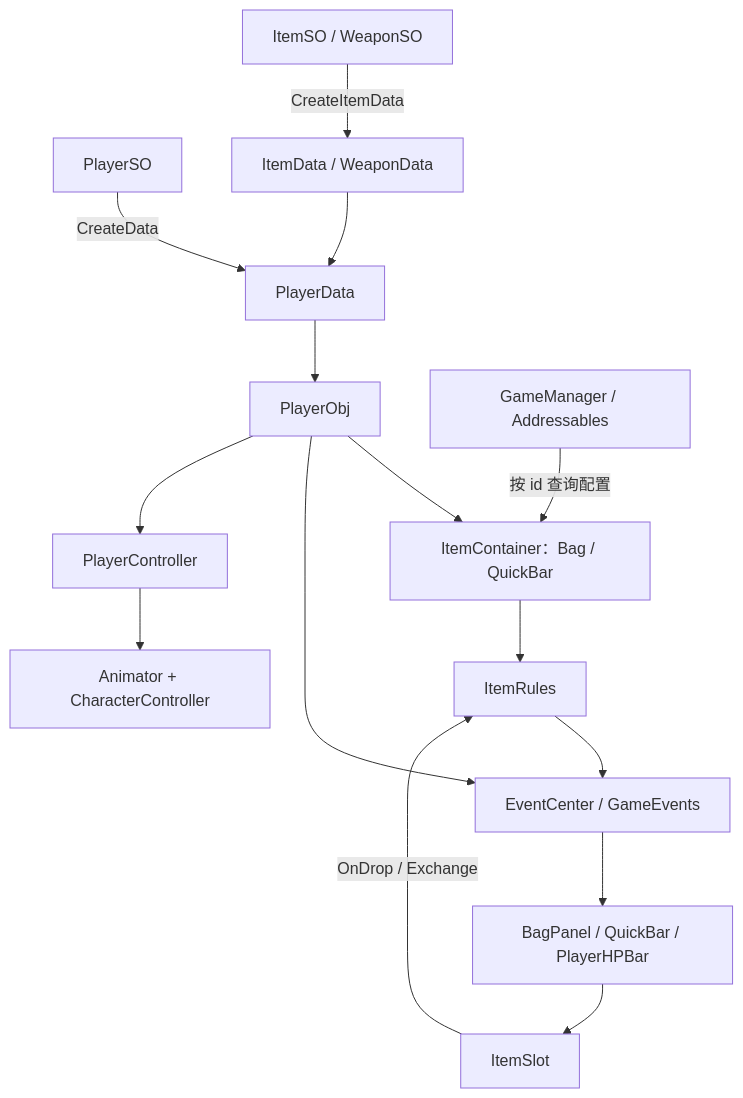
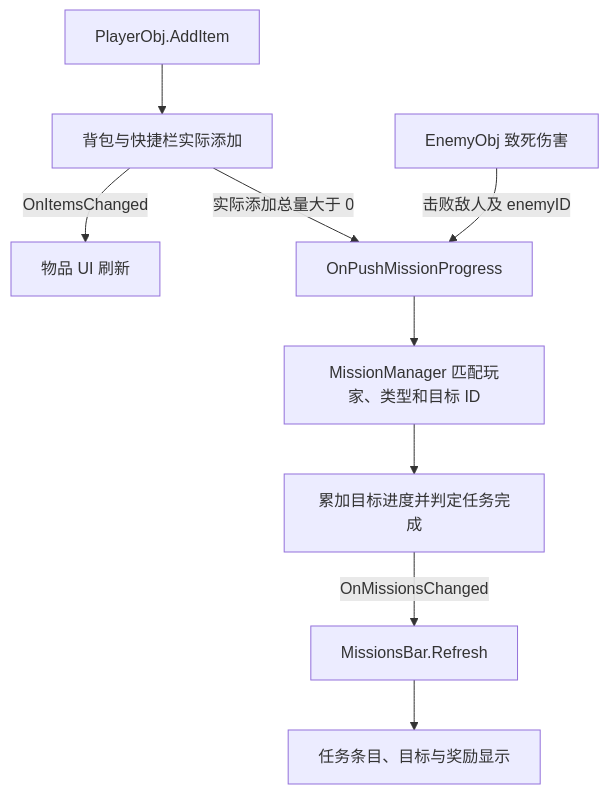
One commit to lphahapl/ShimmeringChronicle changed the fourth of 4 diagrams in README.md. Above: the diagram before and after it, drawn with Mermaid. The commit also changed other lines of this file and 141 other files, not shown here.

````diff
--- a/README.md
+++ b/README.md
@@ -60,17 +401,11 @@
 ```mermaid
 flowchart TD
-    P[PlayerSO] -->|CreateData| D[PlayerData]
-    I[ItemSO / WeaponSO] -->|CreateItemData| IT[ItemData / WeaponData]
-    IT --> D
-    D --> PO[PlayerObj]
-    PO --> C[ItemContainer：Bag / QuickBar]
-    C --> R[ItemRules]
-    R --> E[EventCenter / GameEvents]
-    PO --> E
-    E --> U[BagPanel / QuickBar / PlayerHPBar]
-    U --> S[ItemSlot]
-    S -->|OnDrop / Exchange| R
-    PO --> PC[PlayerController]
-    PC --> A[Animator + CharacterController]
-    GM[GameManager / Addressables] -->|按 id 查询配置| C
+    A[PlayerObj.AddItem] --> B[背包与快捷栏实际添加]
+    B -->|OnItemsChanged| C[物品 UI 刷新]
+    B -->|实际添加总量大于 0| D[OnPushMissionProgress]
+    E[EnemyObj 致死伤害] -->|击败敌人及 enemyID| D
+    D --> F[MissionManager 匹配玩家、类型和目标 ID]
+    F --> G[累加目标进度并判定任务完成]
+    G -->|OnMissionsChanged| H[MissionsBar.Refresh]
+    H --> I[任务条目、目标与奖励显示]
 ```
````
